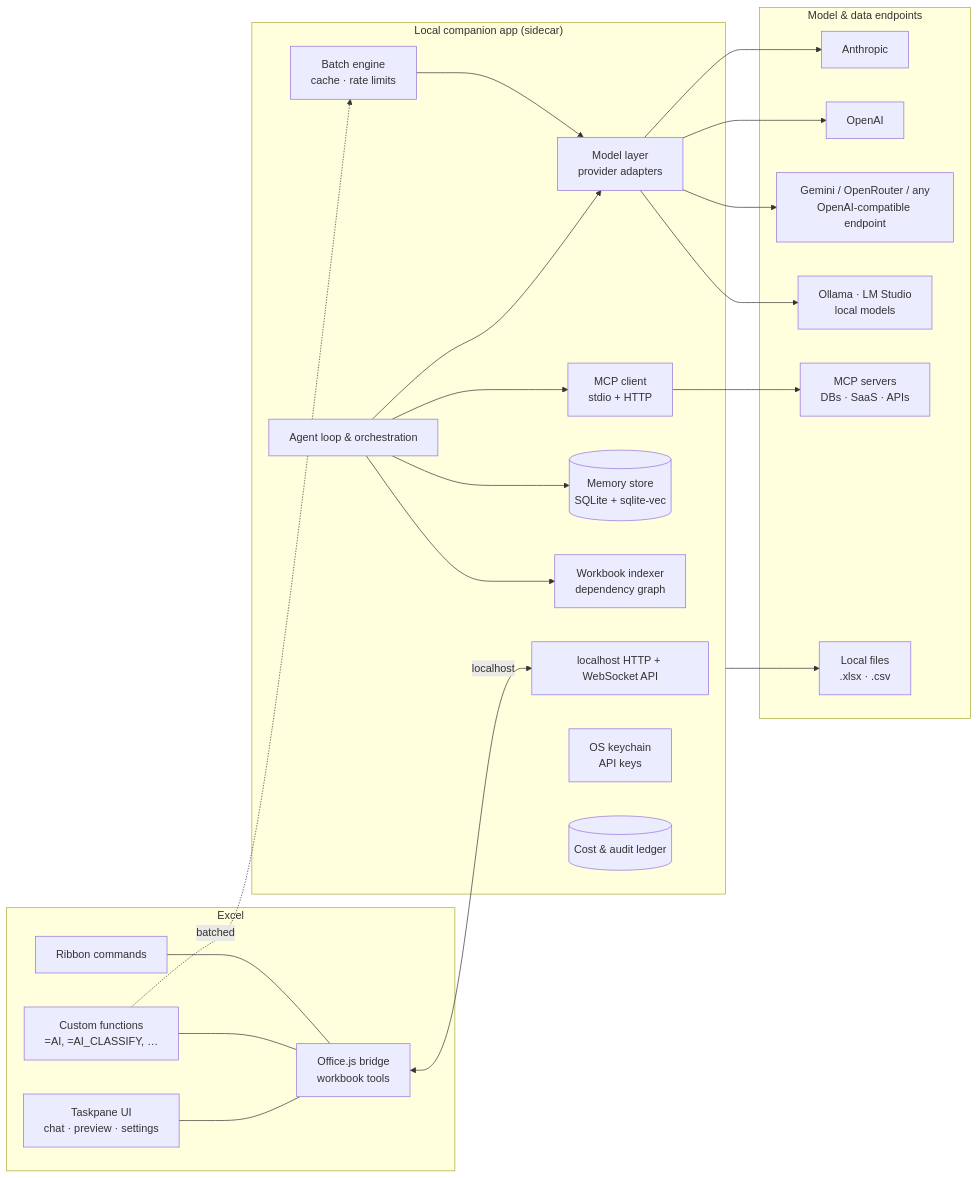
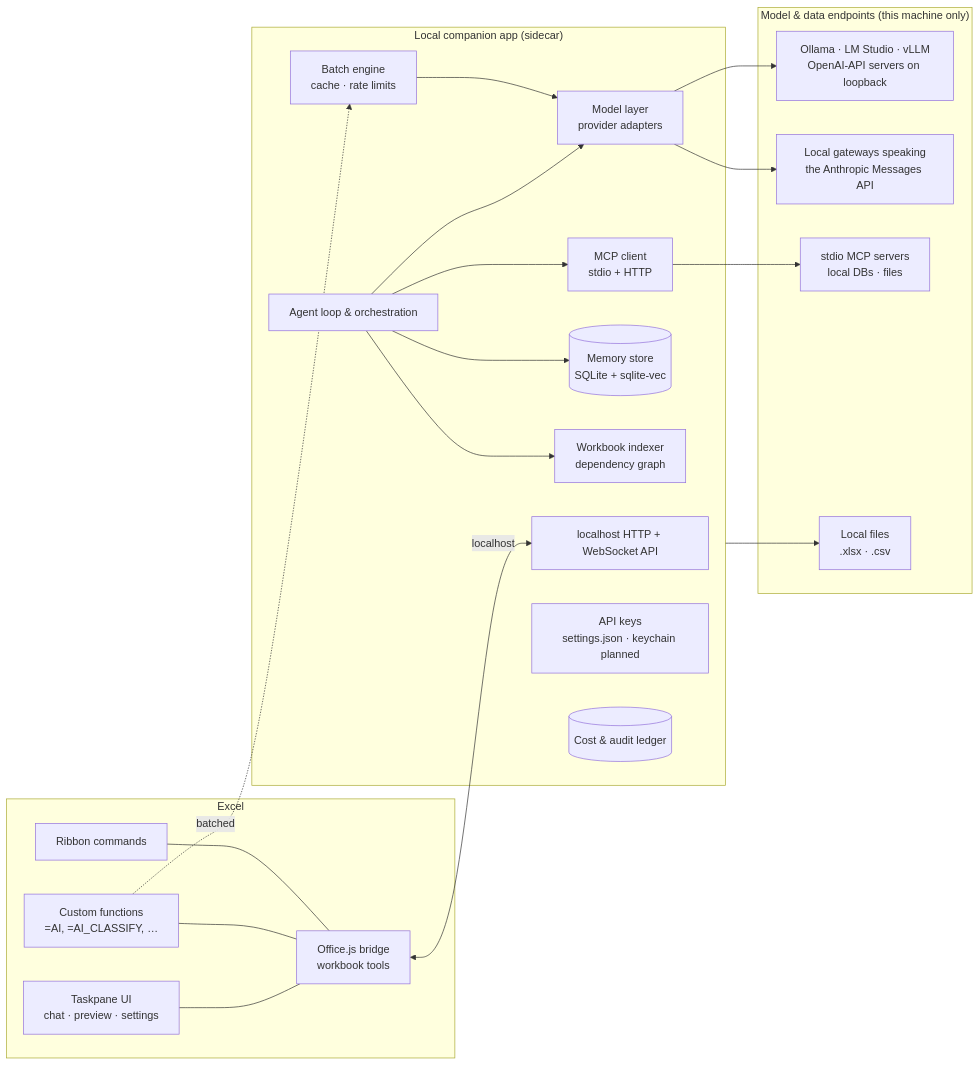
The diagram in docs/DESIGN.md (trustdan/forked-MS-Excel-AI-plugin), drawn with Mermaid before and after one commit. The commit also changed other lines of this file and 7 other files, not shown here.

First line of the commit message:
Describe only what is built and verified; label cloud-named kinds as local protocols (E9)

````diff
--- a/docs/DESIGN.md
+++ b/docs/DESIGN.md
@@ -80,41 +103,39 @@
 ```mermaid
 flowchart LR
     subgraph Excel
         TP[Taskpane UI<br/>chat · preview · settings]
         CF[Custom functions<br/>=AI, =AI_CLASSIFY, …]
         RB[Ribbon commands]
         OJS[Office.js bridge<br/>workbook tools]
         TP --- OJS
         CF --- OJS
         RB --- OJS
     end
 
     subgraph Sidecar["Local companion app (sidecar)"]
         GW[localhost HTTP + WebSocket API]
         AG[Agent loop & orchestration]
         ML[Model layer<br/>provider adapters]
         MEM[(Memory store<br/>SQLite + sqlite-vec)]
         IDX[Workbook indexer<br/>dependency graph]
         BE[Batch engine<br/>cache · rate limits]
         MCPC[MCP client<br/>stdio + HTTP]
-        KEY[OS keychain<br/>API keys]
+        KEY[API keys<br/>settings.json · keychain planned]
         LED[(Cost & audit ledger)]
     end
 
-    subgraph Outside["Model & data endpoints"]
-        A[Anthropic]
-        O[OpenAI]
-        G[Gemini / OpenRouter / any<br/>OpenAI-compatible endpoint]
-        L[Ollama · LM Studio<br/>local models]
-        MS[MCP servers<br/>DBs · SaaS · APIs]
+    subgraph Outside["Model & data endpoints (this machine only)"]
+        L[Ollama · LM Studio · vLLM<br/>OpenAI-API servers on loopback]
+        A[Local gateways speaking<br/>the Anthropic Messages API]
+        MS[stdio MCP servers<br/>local DBs · files]
         F[Local files<br/>.xlsx · .csv]
     end
 
     OJS <-->|localhost| GW
-    AG --> ML --> A & O & G & L
+    AG --> ML --> L & A
     AG --> MCPC --> MS
     AG --> IDX
     AG --> MEM
     CF -.->|batched| BE --> ML
     Sidecar --> F
 ```
````
